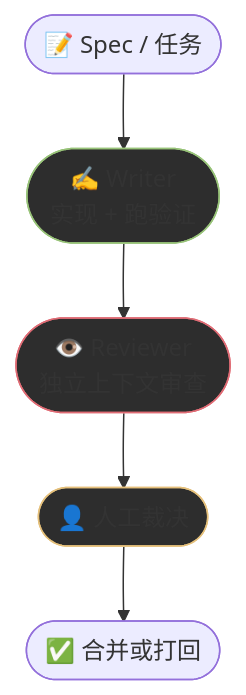
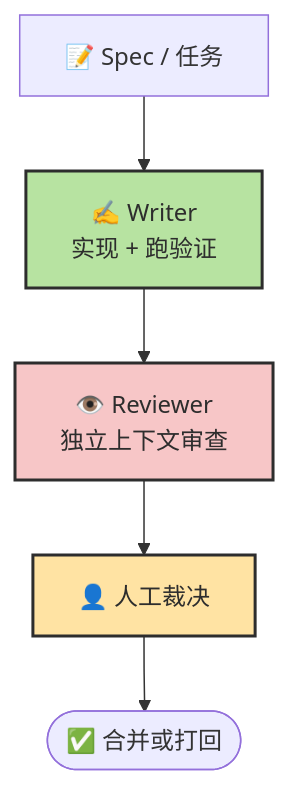
Before and after one commit to zht043/AgenticCodingTutorial: the third of 3 diagrams in docs/chapters/ch12-code-review.md, drawn with Mermaid. The commit also changed other lines of this file and 26 other files, not shown here.

````diff
--- a/docs/chapters/ch12-code-review.md
+++ b/docs/chapters/ch12-code-review.md
@@ -75,11 +90,11 @@
 ```mermaid
 flowchart TB
-    classDef writer fill:#2d2d2d,stroke:#98c379
-    classDef reviewer fill:#2d2d2d,stroke:#e06c75
-    classDef human fill:#2d2d2d,stroke:#e5c07b
+    classDef writer fill:#b7e3a1,stroke:#2d2d2d,stroke-width:2px,color:#2d2d2d
+    classDef reviewer fill:#f7c6c7,stroke:#2d2d2d,stroke-width:2px,color:#2d2d2d
+    classDef human fill:#ffe3a3,stroke:#2d2d2d,stroke-width:2px,color:#2d2d2d
 
-    Task(["📝 Spec / 任务"]) --> Writer(["✍️ Writer<br/>实现 + 跑验证"]):::writer
-    Writer --> Reviewer(["👁️ Reviewer<br/>独立上下文审查"]):::reviewer
-    Reviewer --> Human(["👤 人工裁决"]):::human
+    Task["📝 Spec / 任务"] --> Writer["✍️ Writer<br/>实现 + 跑验证"]:::writer
+    Writer --> Reviewer["👁️ Reviewer<br/>独立上下文审查"]:::reviewer
+    Reviewer --> Human["👤 人工裁决"]:::human
     Human --> Merge(["✅ 合并或打回"])
 ```
````
